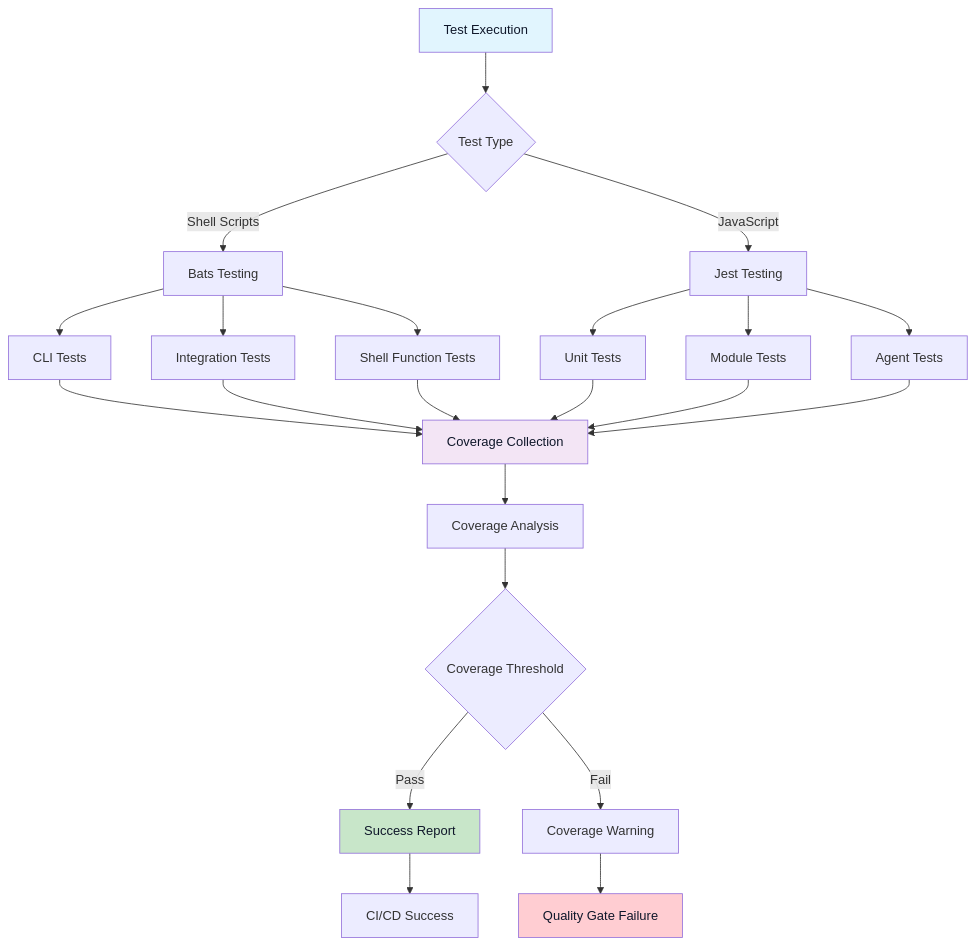
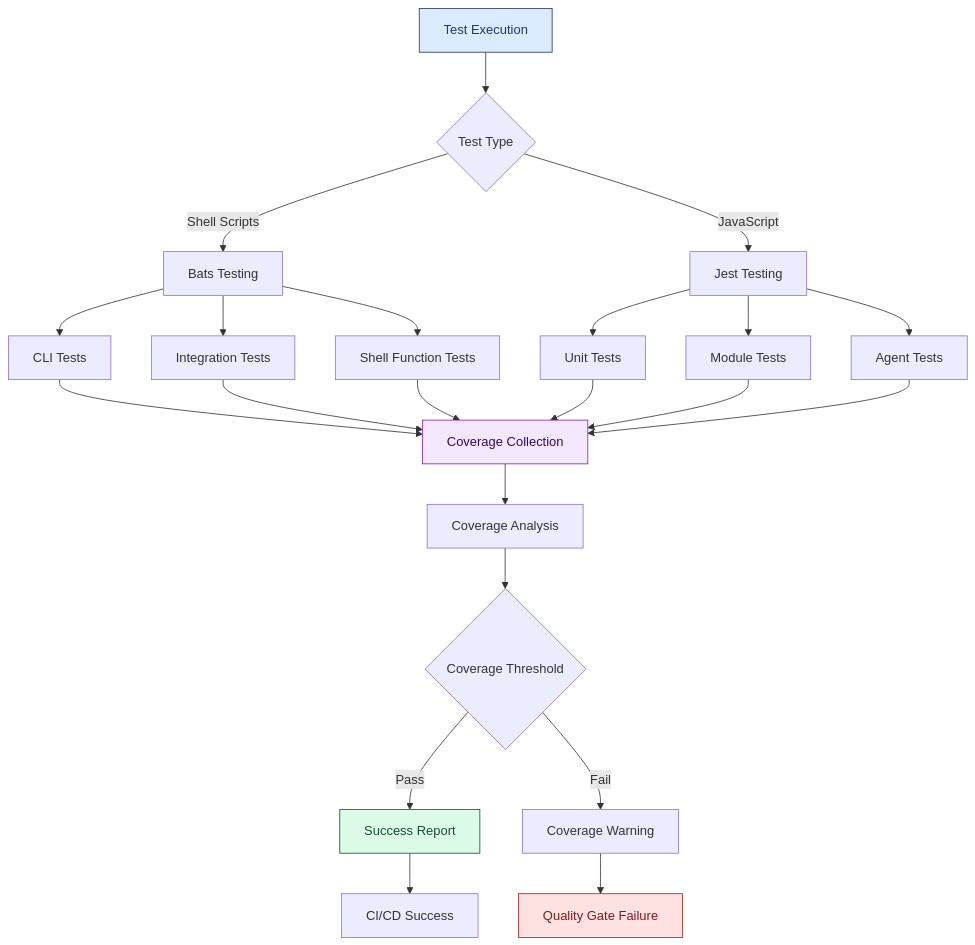
Before and after one commit to lightspeedwp/.github: the third of 3 diagrams in tests/README.md, drawn with Mermaid. The commit also changed other lines of this file and 181 other files, not shown here.

Commit message:
docs: maintenance updates (Mermaid + staleness)

````diff
--- a/tests/README.md
+++ b/tests/README.md
@@ -204,36 +204,36 @@
 ```mermaid
 flowchart TD
   accTitle: 🎯 Test Coverage Flow
   accDescr: Flowchart diagram showing 🎯 test coverage flow
     A[Test Execution] --> B{Test Type}
     B -->|Shell Scripts| C[Bats Testing]
     B -->|JavaScript| D[Jest Testing]
 
     C --> E[CLI Tests]
     C --> F[Integration Tests]
     C --> G[Shell Function Tests]
 
     D --> H[Unit Tests]
     D --> I[Module Tests]
     D --> J[Agent Tests]
 
     E --> K[Coverage Collection]
     F --> K
     G --> K
     H --> K
     I --> K
     J --> K
 
     K --> L[Coverage Analysis]
     L --> M{Coverage Threshold}
     M -->|Pass| N[Success Report]
     M -->|Fail| O[Coverage Warning]
 
     N --> P[CI/CD Success]
     O --> Q[Quality Gate Failure]
 
-    style A fill:#e1f5fe,color:#0f172a
-    style K fill:#f3e5f5,color:#0f172a
-    style N fill:#c8e6c9,color:#0f172a
-    style Q fill:#ffcdd2,color:#0f172a
+    style A fill:#dbeafe,color:#1e3a5f,stroke:#1e3a5f
+    style K fill:#f3e8ff,color:#3b0764,stroke:#7e22ce
+    style N fill:#dcfce7,color:#14532d,stroke:#14532d
+    style Q fill:#fee2e2,color:#7f1d1d,stroke:#b91c1c
 ```
````
